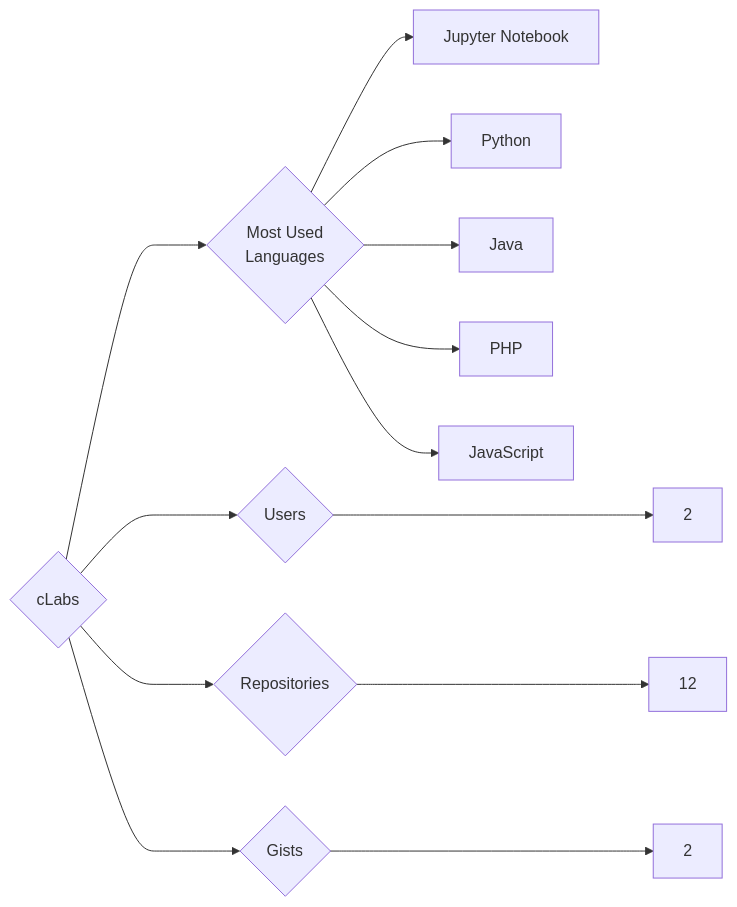
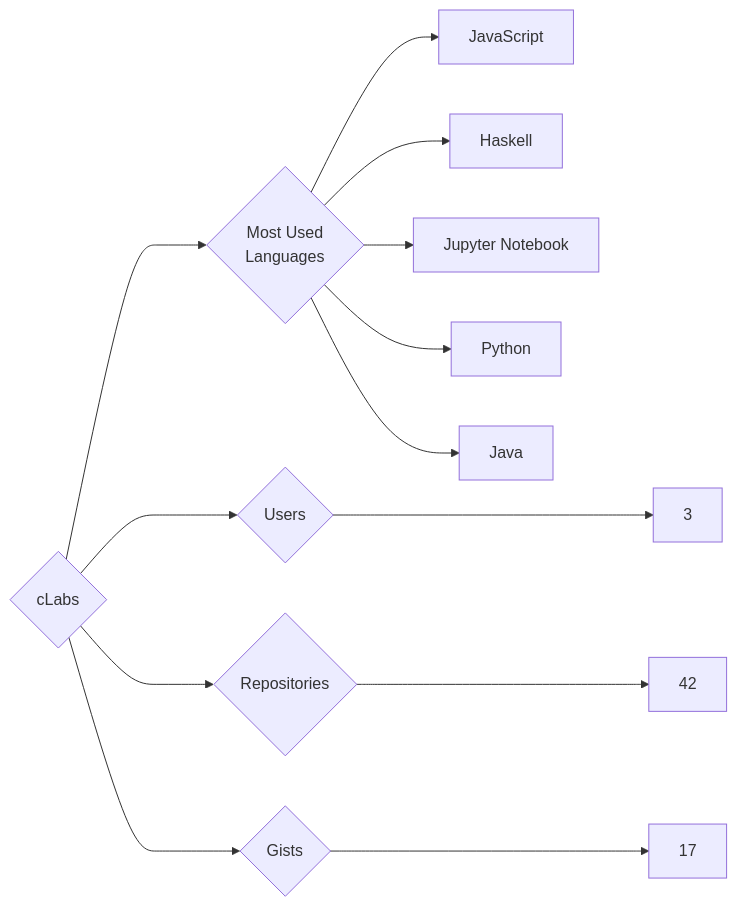
One commit to trickest/insiders changed the diagram in targets/cLabs/README.md. Above: the diagram before and after it, drawn with Mermaid. The commit also changed 776 other files, not shown here.

````diff
--- a/targets/cLabs/README.md
+++ b/targets/cLabs/README.md
@@ -3,13 +3,13 @@
 ```mermaid
 graph LR
 COMPANY_NAME{cLabs}
-COMPANY_NAME ---> U{Users} ---> UN[2]
-COMPANY_NAME ---> R{Repositories} ---> RN[12]
-COMPANY_NAME ---> G{Gists} ---> GN[2]
+COMPANY_NAME ---> U{Users} ---> UN[3]
+COMPANY_NAME ---> R{Repositories} ---> RN[42]
+COMPANY_NAME ---> G{Gists} ---> GN[17]
 COMPANY_NAME ---> ML{Most Used<br>Languages}
+ML --> JavaScript[JavaScript]
+ML --> Haskell[Haskell]
 ML --> Jupyter_Notebook[Jupyter Notebook]
 ML --> Python[Python]
 ML --> Java[Java]
-ML --> PHP[PHP]
-ML --> JavaScript[JavaScript]
 ```
````
